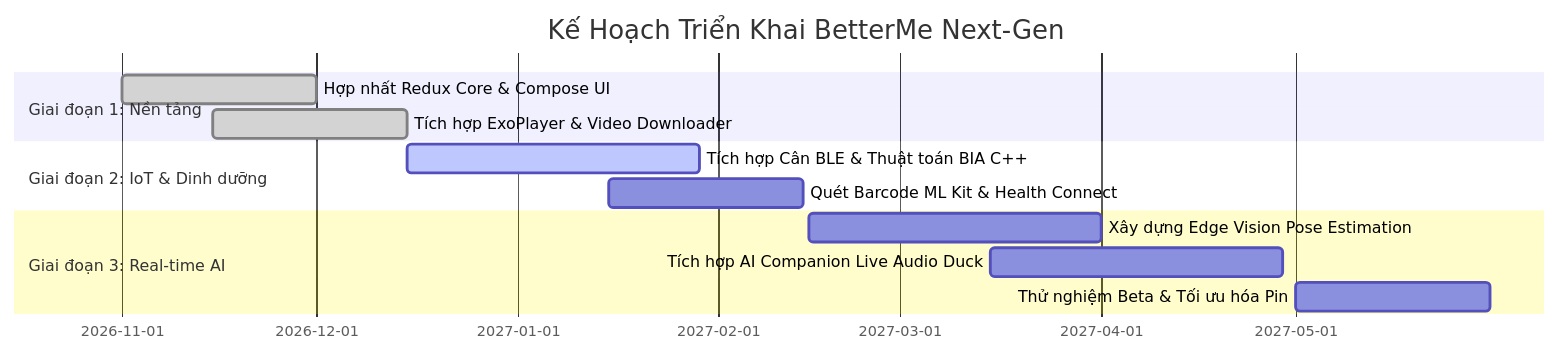
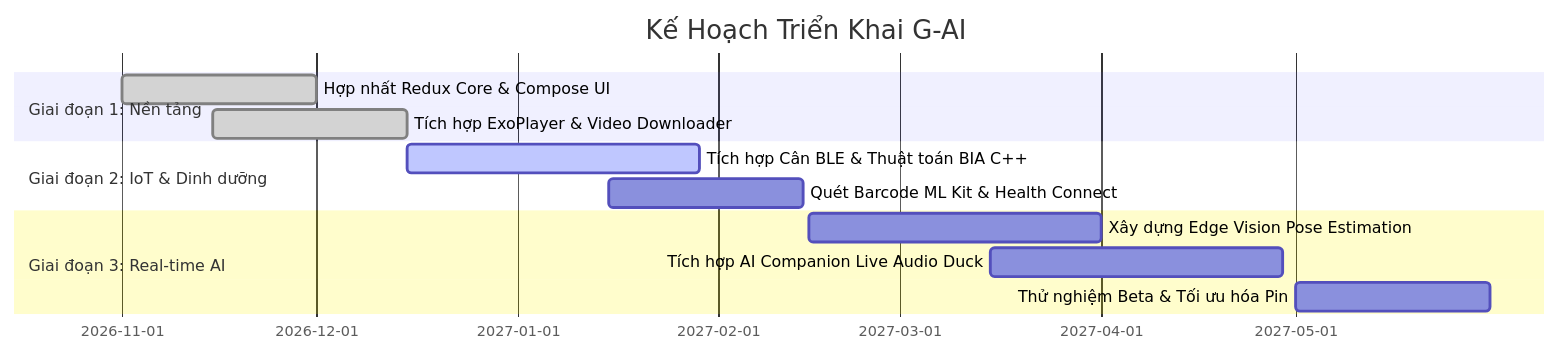
Before and after one commit to mh4ns/G-AI: the third of 3 diagrams in README.md, drawn with Mermaid. The commit also changed other lines of this file and 13 other files, not shown here.

````diff
--- a/README.md
+++ b/README.md
@@ -452,15 +452,15 @@
 ```mermaid
 gantt
-    title Kế Hoạch Triển Khai BetterMe Next-Gen
+    title Kế Hoạch Triển Khai G-AI
     dateFormat  YYYY-MM-DD
     section Giai đoạn 1: Nền tảng
     Hợp nhất Redux Core & Compose UI       :done, 2026-11-01, 30d
     Tích hợp ExoPlayer & Video Downloader  :done, 2026-11-15, 30d
     section Giai đoạn 2: IoT & Dinh dưỡng
     Tích hợp Cân BLE & Thuật toán BIA C++  :active, 2026-12-15, 45d
     Quét Barcode ML Kit & Health Connect   :2027-01-15, 30d
     section Giai đoạn 3: Real-time AI
     Xây dựng Edge Vision Pose Estimation  :2027-02-15, 45d
     Tích hợp AI Companion Live Audio Duck  :2027-03-15, 45d
     Thử nghiệm Beta & Tối ưu hóa Pin      :2027-05-01, 30d
 ```
````
